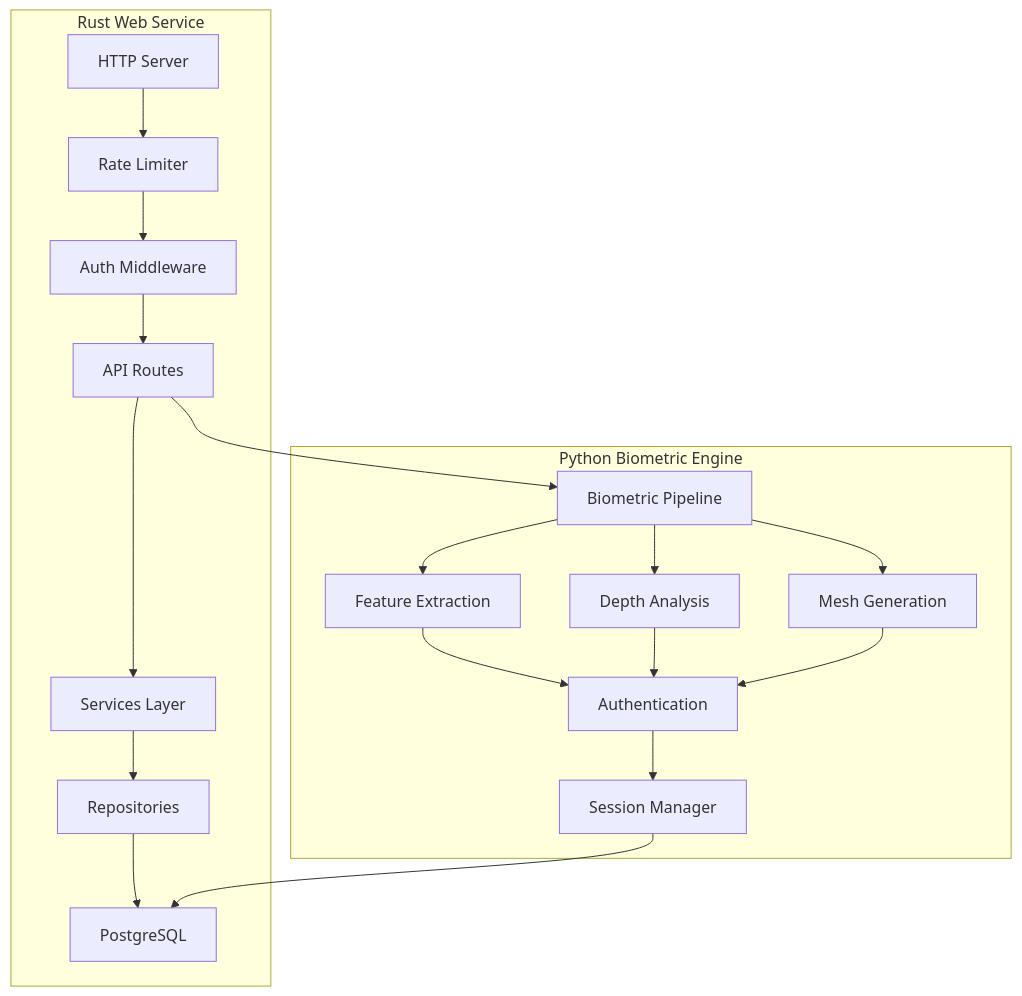
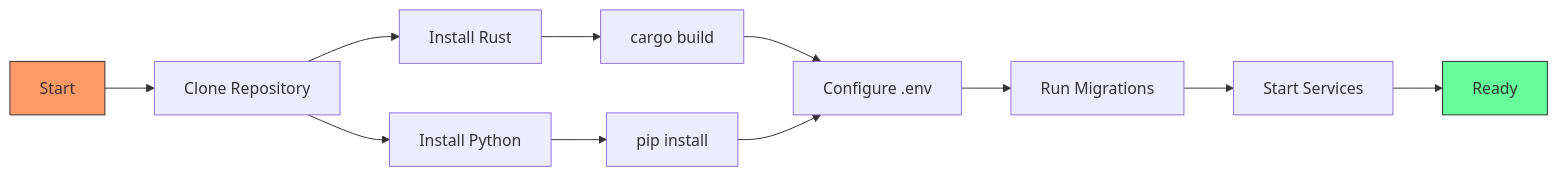
Before and after one commit to JtPerez-Acle/secure-biometric: the sixth of 9 diagrams in README.md, drawn with Mermaid. The commit also changed other lines of this file, not shown here.

````diff
--- a/README.md
+++ b/README.md
@@ -11,22 +239,15 @@
 ```mermaid
-graph TD
-    subgraph "Rust Web Service"
-        A[HTTP Server] --> B[Rate Limiter]
-        B --> C[Auth Middleware]
-        C --> D[API Routes]
-        D --> E[Services Layer]
-        E --> F[Repositories]
-        F --> G[PostgreSQL]
-    end
+flowchart LR
+    A[Start] --> B[Clone Repository]
+    B --> C[Install Rust]
+    B --> D[Install Python]
+    C --> E[cargo build]
+    D --> F[pip install]
+    E & F --> G[Configure .env]
+    G --> H[Run Migrations]
+    H --> I[Start Services]
+    I --> J[Ready]
 
-    subgraph "Python Biometric Engine"
-        H[Biometric Pipeline] --> I[Feature Extraction]
-        H --> J[Depth Analysis]
-        H --> K[Mesh Generation]
-        I & J & K --> L[Authentication]
-        L --> M[Session Manager]
-    end
-
-    D --> H
-    M --> G
+    style A fill:#f96,stroke:#333
+    style J fill:#6f9,stroke:#333
 ```
````
